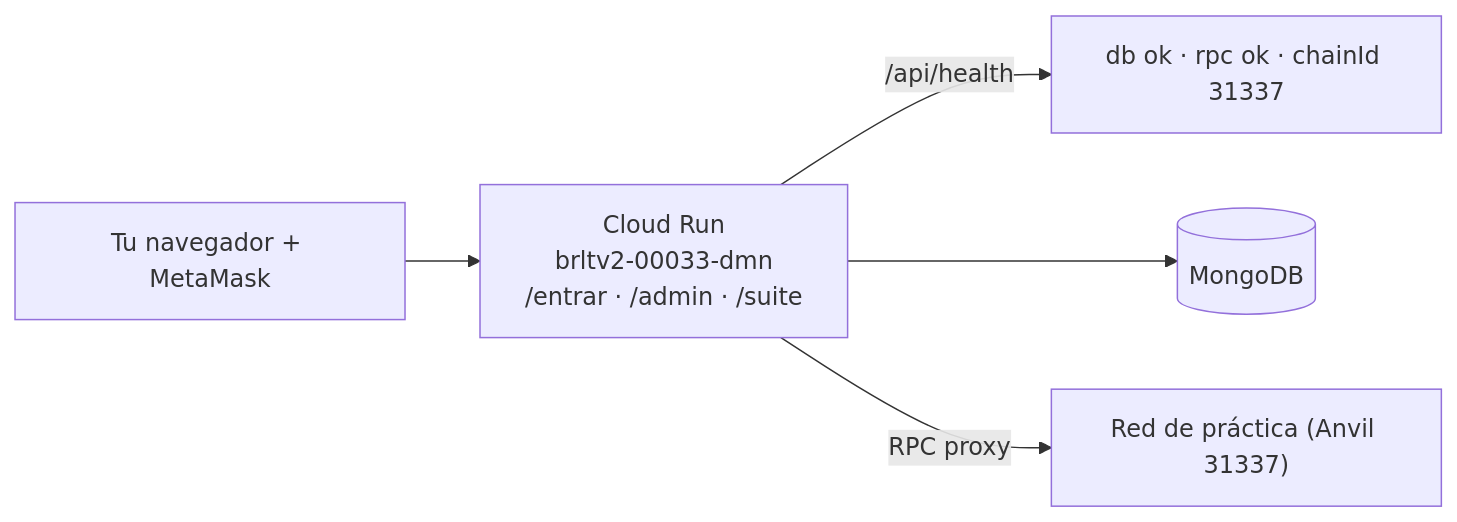
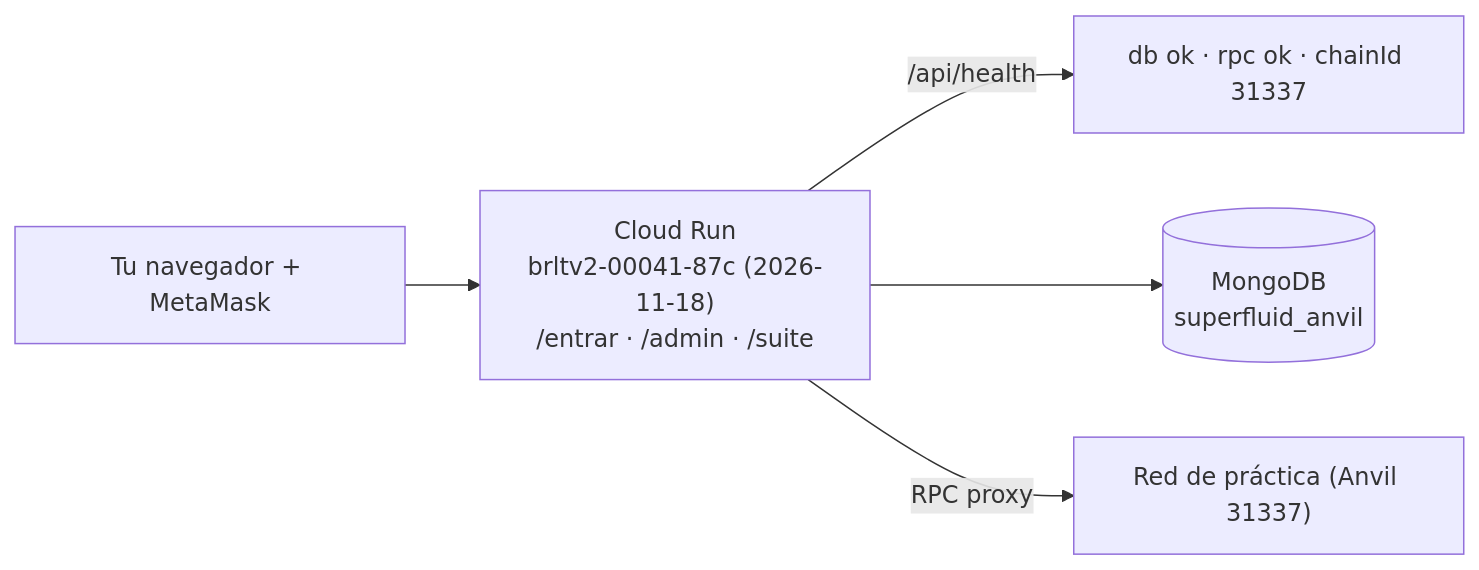
Before and after one commit to anlucorporations/superfluid: the diagram in docs/Manuales/04-Despliegue/04-despliegue.md, drawn with Mermaid. The commit also changed other lines of this file and 39 other files, not shown here.

````diff
--- a/docs/Manuales/04-Despliegue/04-despliegue.md
+++ b/docs/Manuales/04-Despliegue/04-despliegue.md
@@ -16,7 +16,7 @@
 ```mermaid
 flowchart LR
-    U["Tu navegador + MetaMask"] --> APP["Cloud Run<br/>brltv2-00033-dmn<br/>/entrar · /admin · /suite"]
+    U["Tu navegador + MetaMask"] --> APP["Cloud Run<br/>brltv2-00041-87c (2026-11-18)<br/>/entrar · /admin · /suite"]
     APP -->|"/api/health"| H["db ok · rpc ok · chainId 31337"]
-    APP --> DB[("MongoDB")]
+    APP --> DB[("MongoDB<br/>superfluid_anvil")]
     APP -->|"RPC proxy"| N["Red de práctica (Anvil 31337)"]
 ```
````
